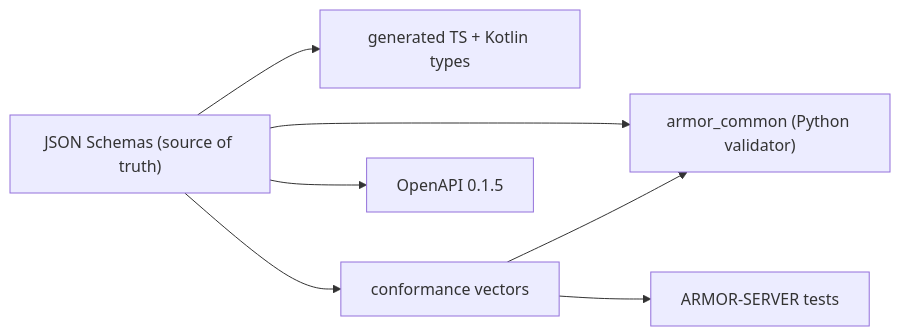
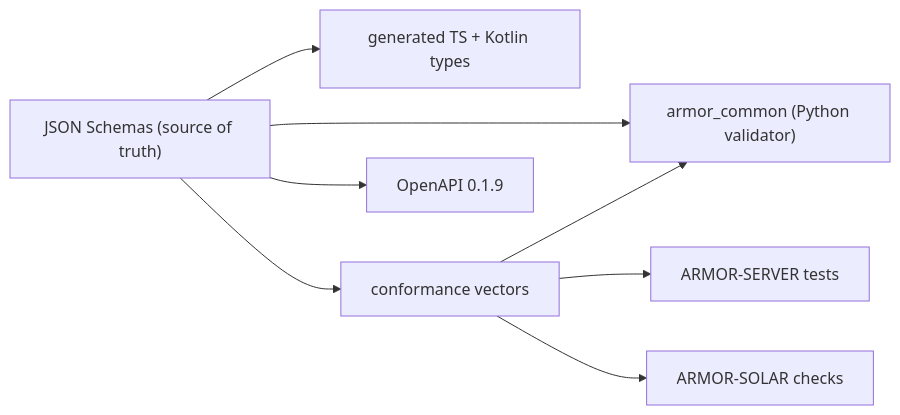
Before and after one commit to JuanenRac/ARMOR-COMMON: the diagram in README.md, drawn with Mermaid. The commit also changed other lines of this file and 8 other files, not shown here.

````diff
--- a/README.md
+++ b/README.md
@@ -39,9 +46,10 @@
 ```mermaid
 flowchart LR
     S["JSON Schemas (source of truth)"] --> P["armor_common (Python validator)"]
     S --> G["generated TS + Kotlin types"]
     S --> V["conformance vectors"]
     V --> P
     V --> T["ARMOR-SERVER tests"]
-    S --> O["OpenAPI 0.1.5"]
+    V --> X["ARMOR-SOLAR checks"]
+    S --> O["OpenAPI 0.1.9"]
 ```
````
